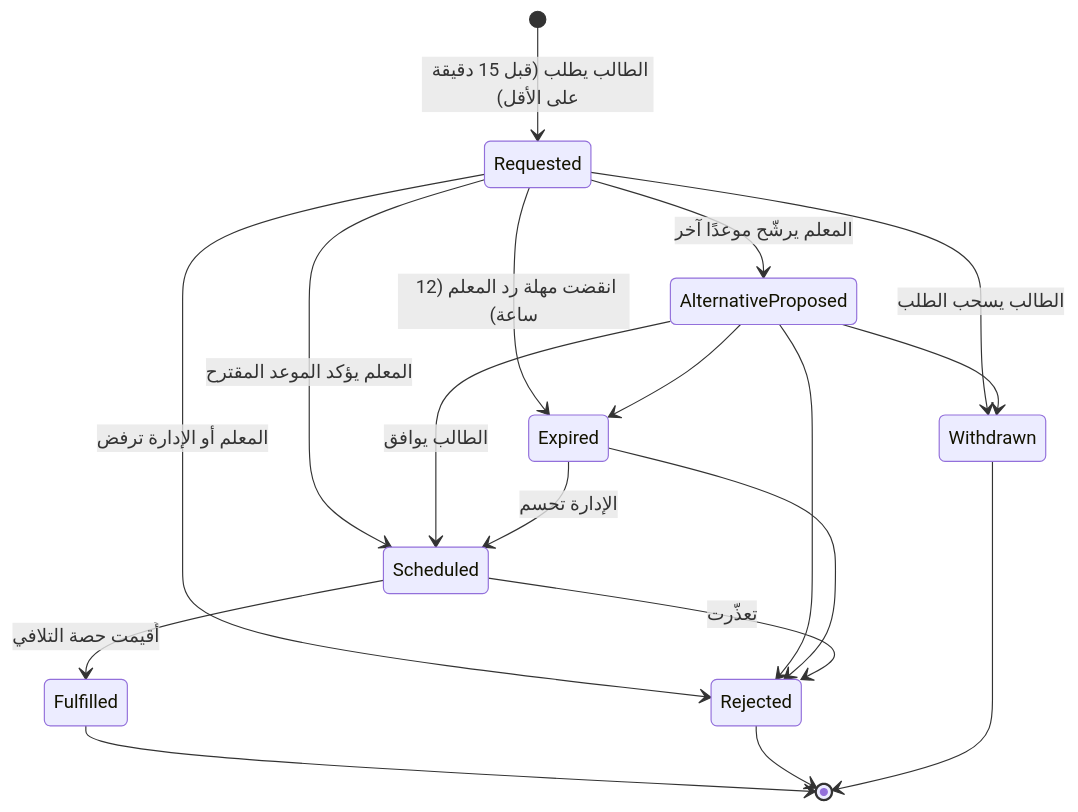
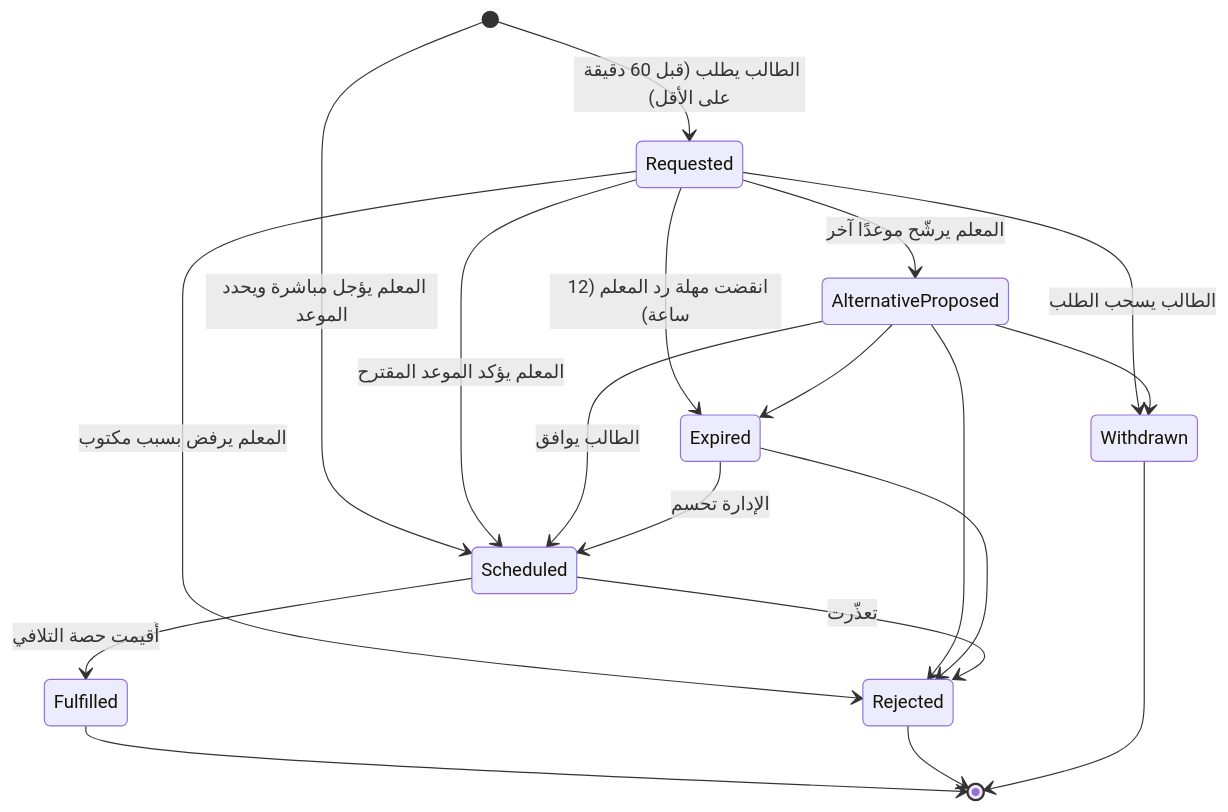
Before and after one commit to hos3004/e-school: the third of 5 diagrams in docs/05-state-machines.md, drawn with Mermaid. The commit also changed 115 other files, not shown here.

````diff
--- a/docs/05-state-machines.md
+++ b/docs/05-state-machines.md
@@ -159,24 +159,25 @@
 ```mermaid
 stateDiagram-v2
-    [*] --> Requested : الطالب يطلب (قبل 15 دقيقة على الأقل)
+    [*] --> Requested : الطالب يطلب (قبل 60 دقيقة على الأقل)
+    [*] --> Scheduled : المعلم يؤجل مباشرة ويحدد الموعد
     Requested --> Scheduled : المعلم يؤكد الموعد المقترح
     Requested --> AlternativeProposed : المعلم يرشّح موعدًا آخر
-    Requested --> Rejected : المعلم أو الإدارة ترفض
+    Requested --> Rejected : المعلم يرفض بسبب مكتوب
     Requested --> Withdrawn : الطالب يسحب الطلب
     Requested --> Expired : انقضت مهلة رد المعلم (12 ساعة)
 
     AlternativeProposed --> Scheduled : الطالب يوافق
     AlternativeProposed --> Rejected
     AlternativeProposed --> Withdrawn
     AlternativeProposed --> Expired
 
     Expired --> Scheduled : الإدارة تحسم
     Expired --> Rejected
 
     Scheduled --> Fulfilled : أُقيمت حصة التلافي
     Scheduled --> Rejected : تعذّرت
 
     Fulfilled --> [*]
     Rejected --> [*]
     Withdrawn --> [*]
 ```
````
